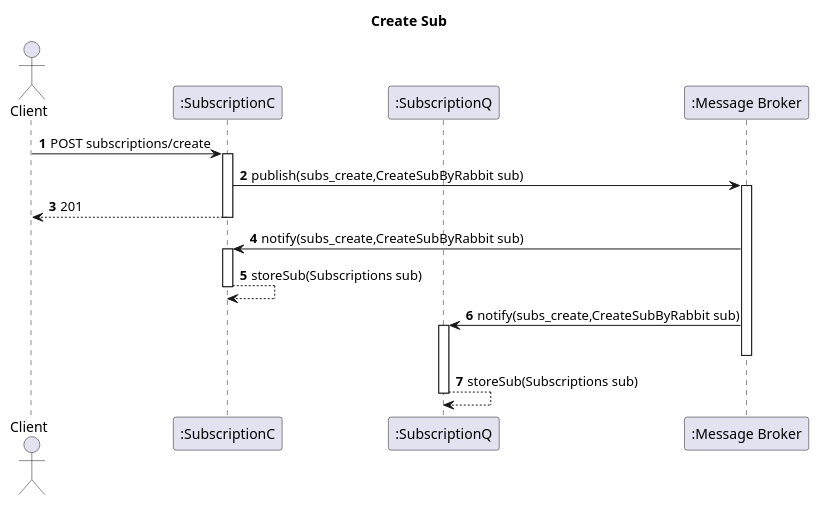
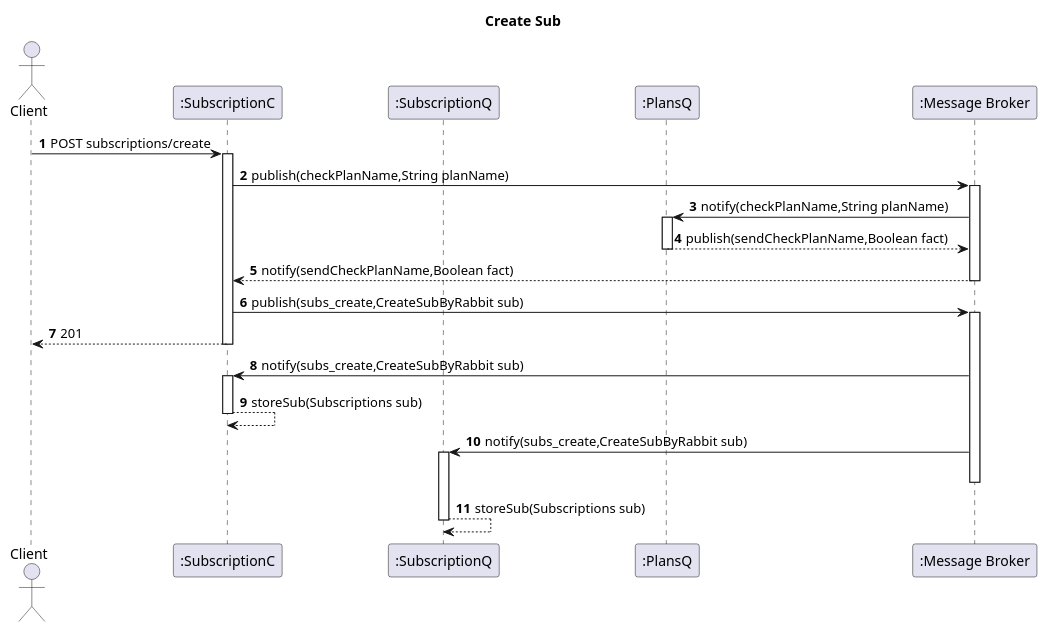
The diagram in docs_sidis/Segunda_Avalição/Subs/Vista Logica/N2/CreateSub.puml (IsepMartimOliveira/SIDIS), drawn with PlantUML before and after one commit. The commit also changed 8 other files, not shown here.

```diff
--- a/docs_sidis/Segunda_Avalição/Subs/Vista Logica/N2/CreateSub.puml
+++ b/docs_sidis/Segunda_Avalição/Subs/Vista Logica/N2/CreateSub.puml
@@ -1,27 +1,32 @@
 @startuml
 'https://plantuml.com/sequence-diagram
 autoactivate on
 autonumber
 title  Create Sub
 
 autonumber
 
 actor "Client" as Ac
 
 participant ":SubscriptionC" as SubC
 participant ":SubscriptionQ" as SubQ
+participant ":PlansQ" as Plans
 participant ":Message Broker" as Broker
 
 Ac->SubC:POST subscriptions/create
+SubC->Broker: publish(checkPlanName,String planName)
+Broker->Plans:notify(checkPlanName,String planName)
+Plans-->Broker: publish(sendCheckPlanName,Boolean fact)
 
-SubC->Broker: publish(subs_create,CreateSubByRabbit sub)
+Broker-->SubC: notify(sendCheckPlanName,Boolean fact)
+SubC->Broker:publish(subs_create,CreateSubByRabbit sub)
 SubC-->Ac:201
 
 Broker->SubC:notify(subs_create,CreateSubByRabbit sub)
 SubC-->SubC:storeSub(Subscriptions sub)
 Broker->SubQ:notify(subs_create,CreateSubByRabbit sub)
 deactivate Broker
 
 SubQ-->SubQ:storeSub(Subscriptions sub)
 
 @enduml
```
